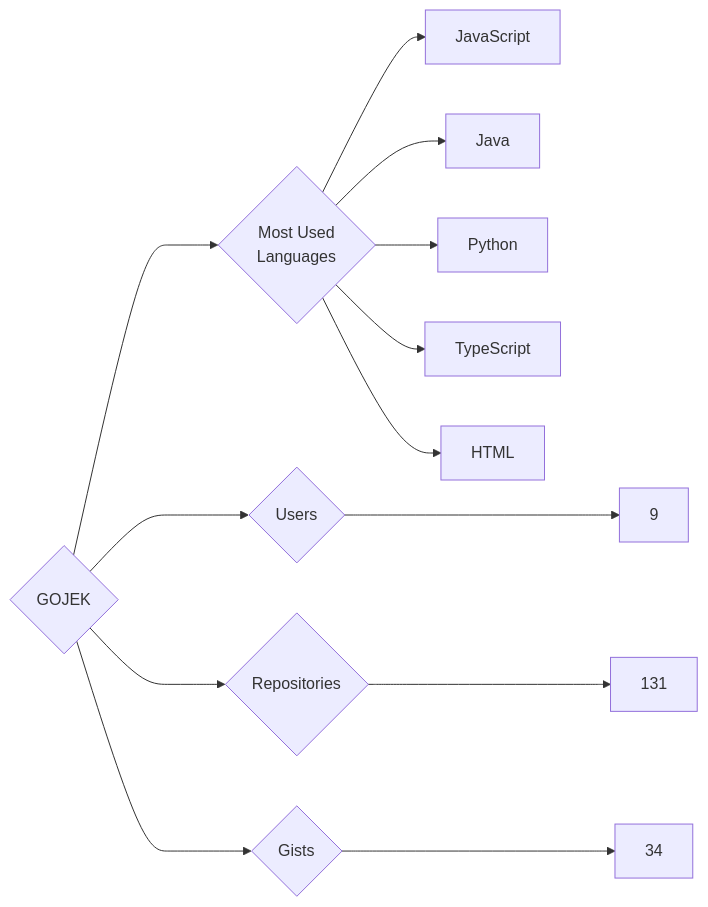
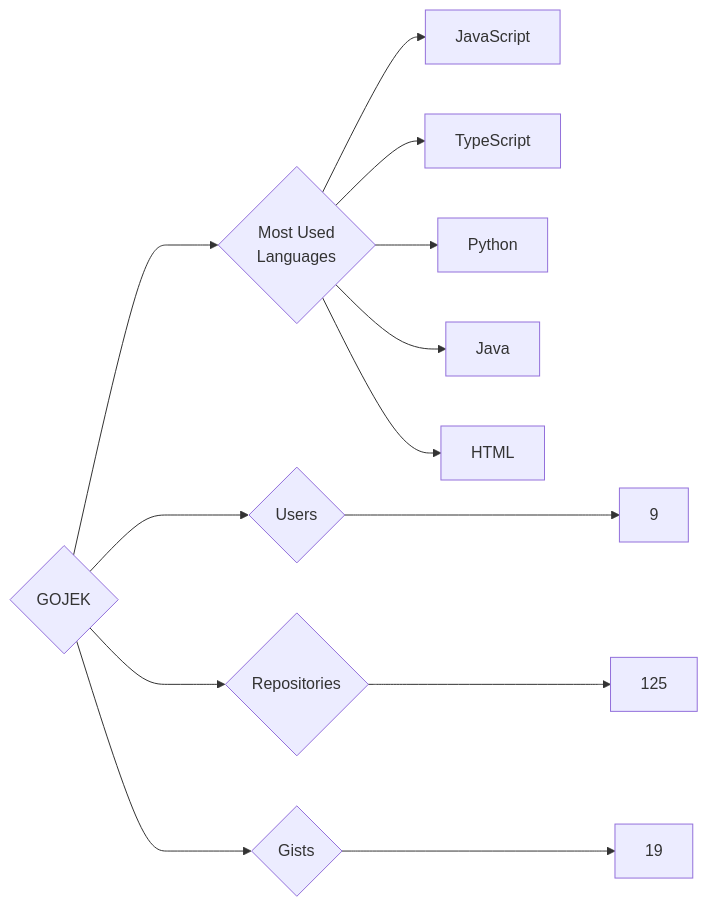
The diagram in targets/GOJEK/README.md (trickest/insiders), drawn with Mermaid before and after one commit. The commit also changed 865 other files, not shown here.

````diff
--- a/targets/GOJEK/README.md
+++ b/targets/GOJEK/README.md
@@ -3,13 +3,13 @@
 ```mermaid
 graph LR
 COMPANY_NAME{GOJEK}
 COMPANY_NAME ---> U{Users} ---> UN[9]
-COMPANY_NAME ---> R{Repositories} ---> RN[131]
-COMPANY_NAME ---> G{Gists} ---> GN[34]
+COMPANY_NAME ---> R{Repositories} ---> RN[125]
+COMPANY_NAME ---> G{Gists} ---> GN[19]
 COMPANY_NAME ---> ML{Most Used<br>Languages}
 ML --> JavaScript[JavaScript]
+ML --> TypeScript[TypeScript]
+ML --> Python[Python]
 ML --> Java[Java]
-ML --> Python[Python]
-ML --> TypeScript[TypeScript]
 ML --> HTML[HTML]
 ```
````
